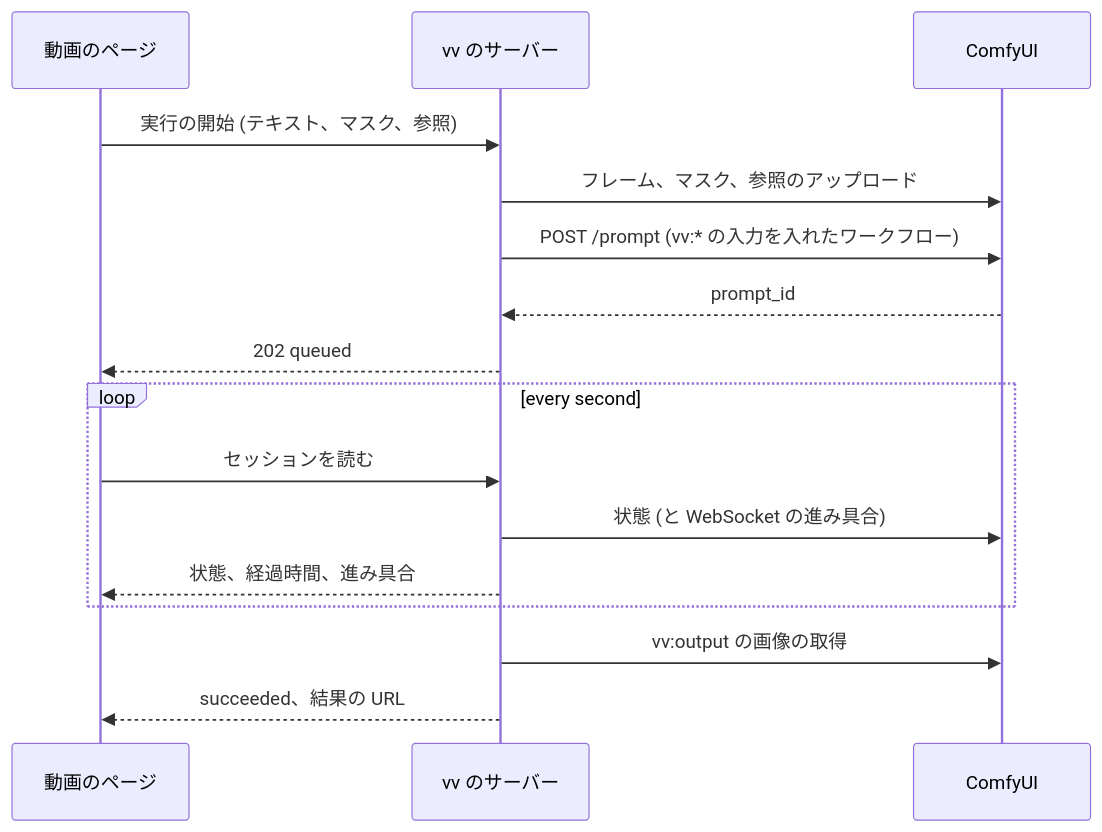
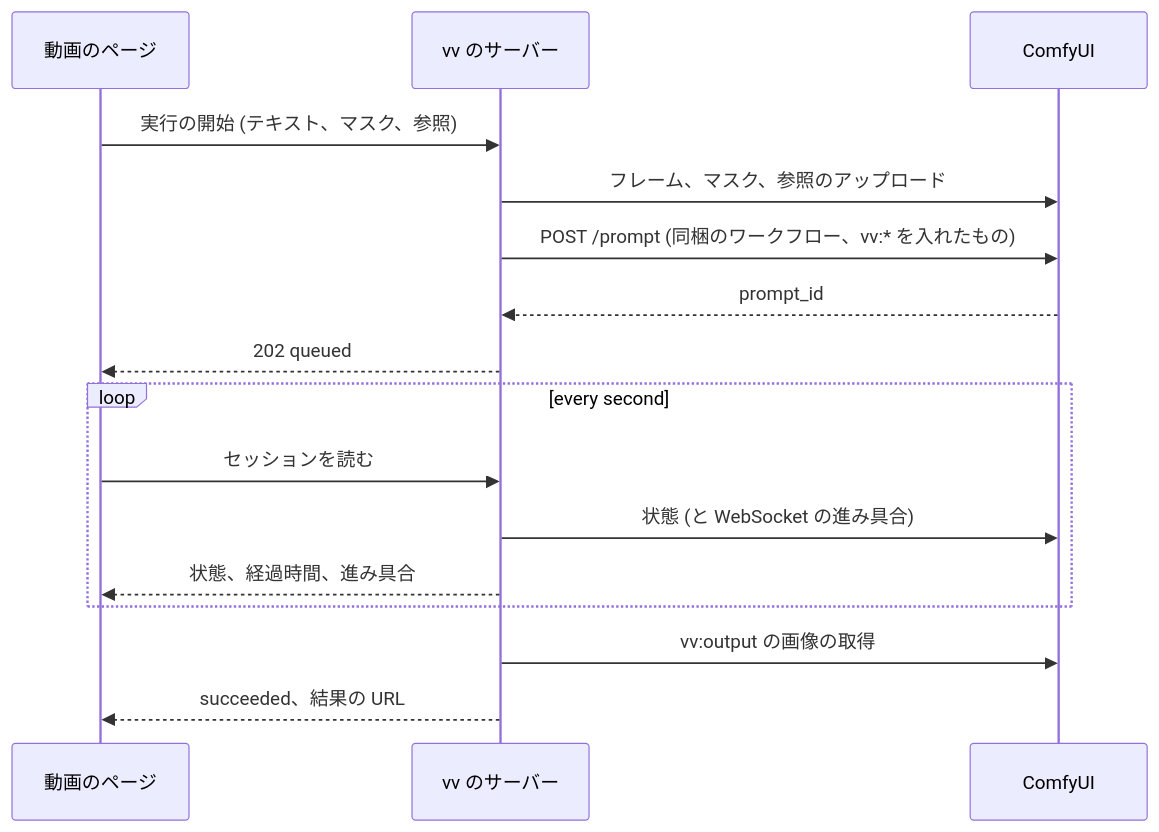
Before and after one commit to syudead/vv: the second of 2 diagrams in translations/ja/specs/045-comfyui-thumbnails/contracts/workflow.md, drawn with Mermaid. The commit also changed other lines of this file and 5 other files, not shown here.

````diff
--- a/translations/ja/specs/045-comfyui-thumbnails/contracts/workflow.md
+++ b/translations/ja/specs/045-comfyui-thumbnails/contracts/workflow.md
@@ -42,18 +64,18 @@
 ```mermaid
 sequenceDiagram
   participant P as 動画のページ
   participant V as vv のサーバー
   participant C as ComfyUI
   P->>V: 実行の開始 (テキスト、マスク、参照)
   V->>C: フレーム、マスク、参照のアップロード
-  V->>C: POST /prompt (vv:* の入力を入れたワークフロー)
+  V->>C: POST /prompt (同梱のワークフロー、vv:* を入れたもの)
   C-->>V: prompt_id
   V-->>P: 202 queued
   loop every second
     P->>V: セッションを読む
     V->>C: 状態 (と WebSocket の進み具合)
     V-->>P: 状態、経過時間、進み具合
   end
   V->>C: vv:output の画像の取得
   V-->>P: succeeded、結果の URL
 ```
````
